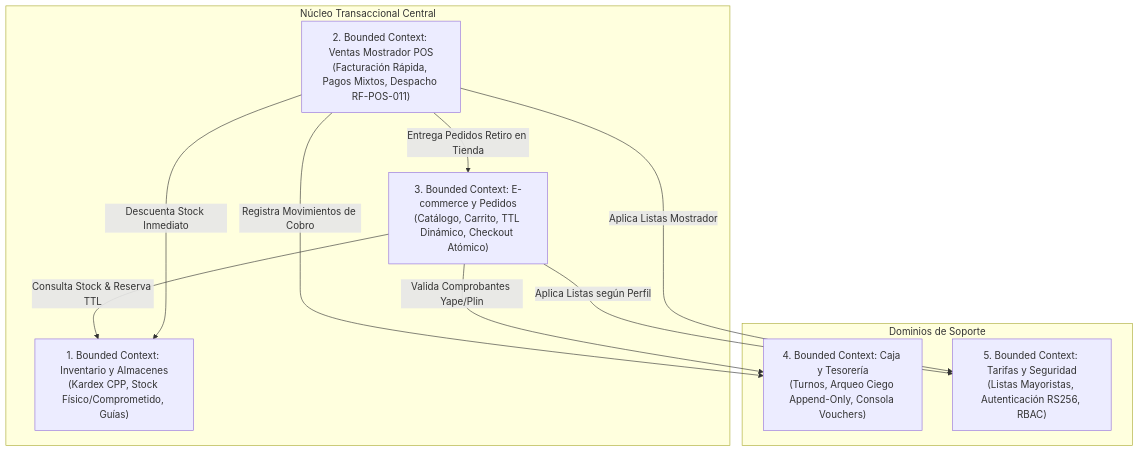
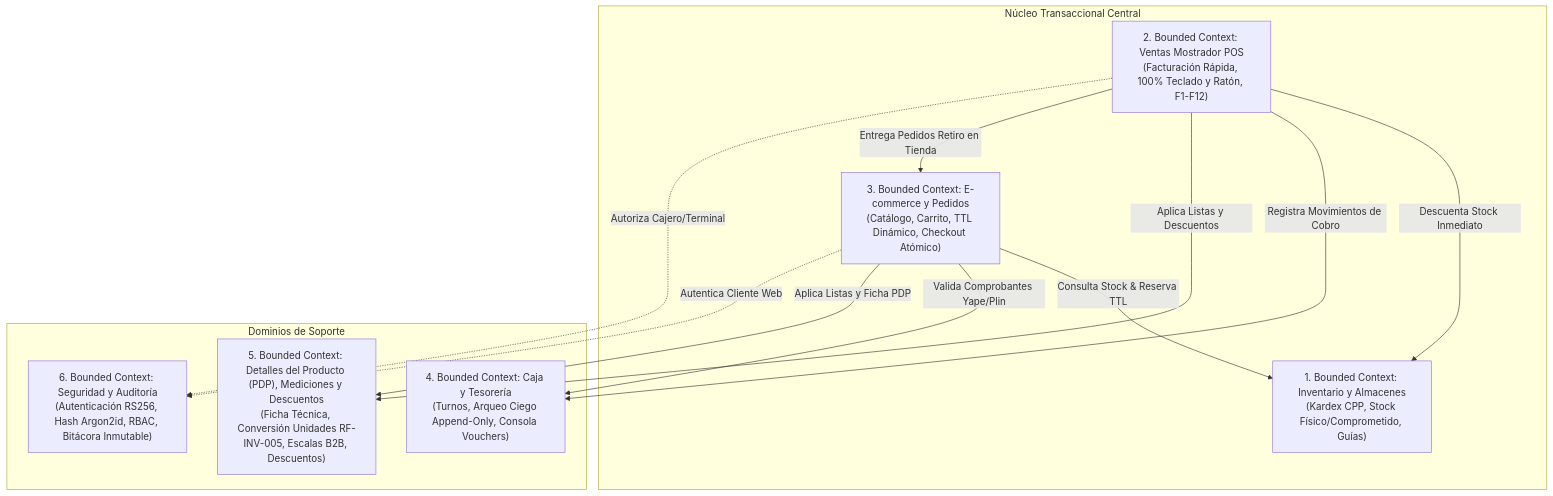
The first of 2 diagrams in 03-diseno-de-software/diseno-interno-modulos/diseno-interno-de-modulos.md (Crhisxp/SIGIC-arquitSoft-proyecto-final), drawn with Mermaid before and after one commit. The commit also changed other lines of this file and 80 other files, not shown here.

Commit message:
feat(sdd): fase 3A conciliacion 6 modulos PDP-Mediciones-Descuentos, F9/F11 y CI gate

````diff
--- a/03-diseno-de-software/diseno-interno-modulos/diseno-interno-de-modulos.md
+++ b/03-diseno-de-software/diseno-interno-modulos/diseno-interno-de-modulos.md
@@ -27,21 +27,24 @@
 ```mermaid
 flowchart TD
     subgraph CoreDomain ["Núcleo Transaccional Central"]
         CTX_INV["1. Bounded Context: Inventario y Almacenes\n(Kardex CPP, Stock Físico/Comprometido, Guías)"]
-        CTX_POS["2. Bounded Context: Ventas Mostrador POS\n(Facturación Rápida, Pagos Mixtos, Despacho RF-POS-011)"]
+        CTX_POS["2. Bounded Context: Ventas Mostrador POS\n(Facturación Rápida, 100% Teclado y Ratón, F1-F12)"]
         CTX_WEB["3. Bounded Context: E-commerce y Pedidos\n(Catálogo, Carrito, TTL Dinámico, Checkout Atómico)"]
     end
 
     subgraph SupportingDomain ["Dominios de Soporte"]
         CTX_CAJ["4. Bounded Context: Caja y Tesorería\n(Turnos, Arqueo Ciego Append-Only, Consola Vouchers)"]
-        CTX_PRE_SEC["5. Bounded Context: Tarifas y Seguridad\n(Listas Mayoristas, Autenticación RS256, RBAC)"]
+        CTX_PDP["5. Bounded Context: Detalles del Producto (PDP), Mediciones y Descuentos\n(Ficha Técnica, Conversión Unidades RF-INV-005, Escalas B2B, Descuentos)"]
+        CTX_SEG["6. Bounded Context: Seguridad y Auditoría\n(Autenticación RS256, Hash Argon2id, RBAC, Bitácora Inmutable)"]
     end
 
     CTX_WEB -->|Consulta Stock & Reserva TTL| CTX_INV
     CTX_POS -->|Descuenta Stock Inmediato| CTX_INV
     CTX_POS -->|Registra Movimientos de Cobro| CTX_CAJ
     CTX_WEB -->|Valida Comprobantes Yape/Plin| CTX_CAJ
-    CTX_WEB -->|Aplica Listas según Perfil| CTX_PRE_SEC
-    CTX_POS -->|Aplica Listas Mostrador| CTX_PRE_SEC
+    CTX_WEB -->|Aplica Listas y Ficha PDP| CTX_PDP
+    CTX_POS -->|Aplica Listas y Descuentos| CTX_PDP
     CTX_POS -->|Entrega Pedidos Retiro en Tienda| CTX_WEB
+    CTX_POS -.->|Autoriza Cajero/Terminal| CTX_SEG
+    CTX_WEB -.->|Autentica Cliente Web| CTX_SEG
 ```
````
